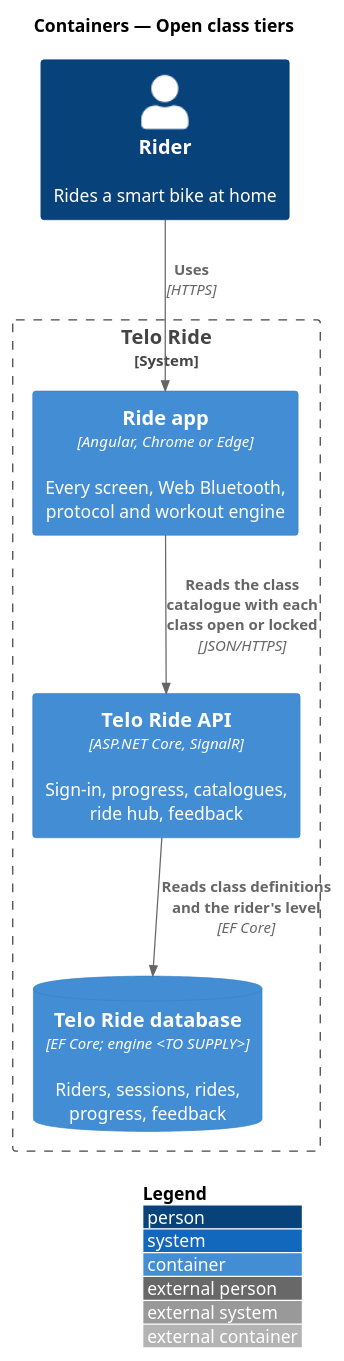
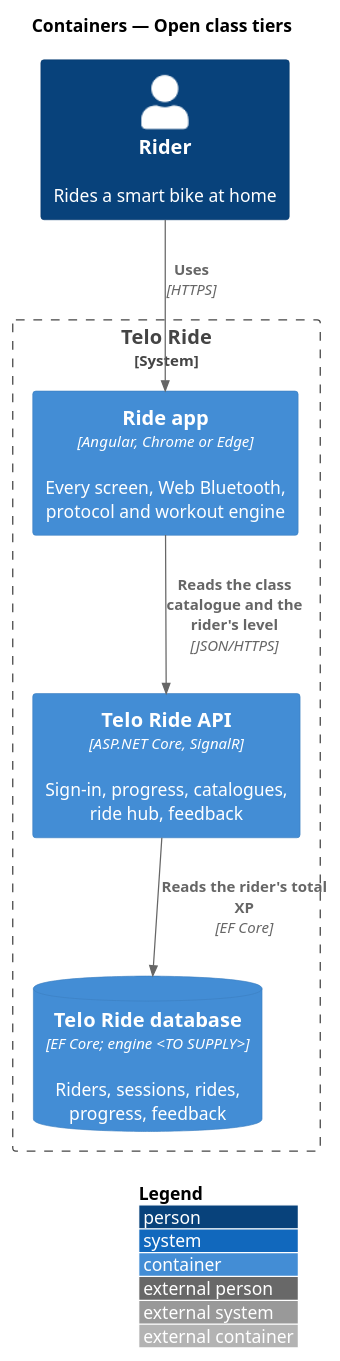
One commit to QuinntyneBrown/ride-one changed the diagram in docs/detailed-designs/progression/open-class-tiers/diagrams/c4-container.puml. Above: the diagram before and after it, drawn with PlantUML. The commit also changed 8 other files, not shown here.

```diff
--- a/docs/detailed-designs/progression/open-class-tiers/diagrams/c4-container.puml
+++ b/docs/detailed-designs/progression/open-class-tiers/diagrams/c4-container.puml
@@ -1,15 +1,15 @@
 @startuml
 !include <C4/C4_Container>
 LAYOUT_WITH_LEGEND()
 title Containers — Open class tiers
 
 Person(rider, "Rider", "Rides a smart bike at home")
 System_Boundary(telo, "Telo Ride") {
   Container(app, "Ride app", "Angular, Chrome or Edge", "Every screen, Web Bluetooth, protocol and workout engine")
   Container(api, "Telo Ride API", "ASP.NET Core, SignalR", "Sign-in, progress, catalogues, ride hub, feedback")
   ContainerDb(db, "Telo Ride database", "EF Core; engine <TO SUPPLY>", "Riders, sessions, rides, progress, feedback")
 }
 Rel(rider, app, "Uses", "HTTPS")
-Rel(app, api, "Reads the class catalogue with each class open or locked", "JSON/HTTPS")
-Rel(api, db, "Reads class definitions and the rider's level", "EF Core")
+Rel(app, api, "Reads the class catalogue and the rider's level", "JSON/HTTPS")
+Rel(api, db, "Reads the rider's total XP", "EF Core")
 @enduml
```
